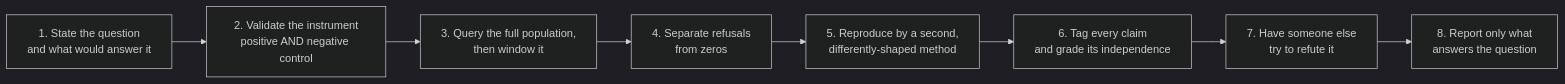
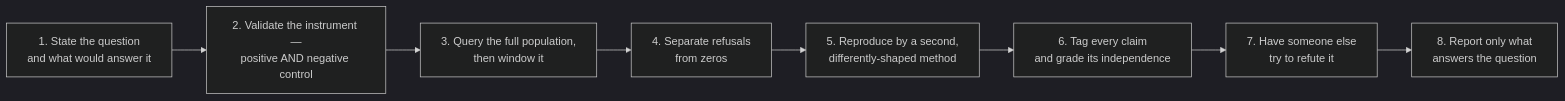
Before and after one commit to SecurityRonin/peira: the second of 2 diagrams in docs/method/README.md, drawn with Mermaid (dark theme). The commit also changed other lines of this file and 4 other files, not shown here.

````diff
--- a/docs/method/README.md
+++ b/docs/method/README.md
@@ -145,10 +186,10 @@
 ```mermaid
 flowchart LR
-    S1["1. State the question<br/>and what would answer it"] --> S2["2. Validate the instrument<br/>positive AND negative control"]
+    S1["1. State the question<br/>and what would answer it"] --> S2["2. Validate the instrument —<br/>positive AND negative control"]
     S2 --> S3["3. Query the full population,<br/>then window it"]
     S3 --> S4["4. Separate refusals<br/>from zeros"]
     S4 --> S5["5. Reproduce by a second,<br/>differently-shaped method"]
     S5 --> S6["6. Tag every claim<br/>and grade its independence"]
     S6 --> S7["7. Have someone else<br/>try to refute it"]
     S7 --> S8["8. Report only what<br/>answers the question"]
 ```
````
